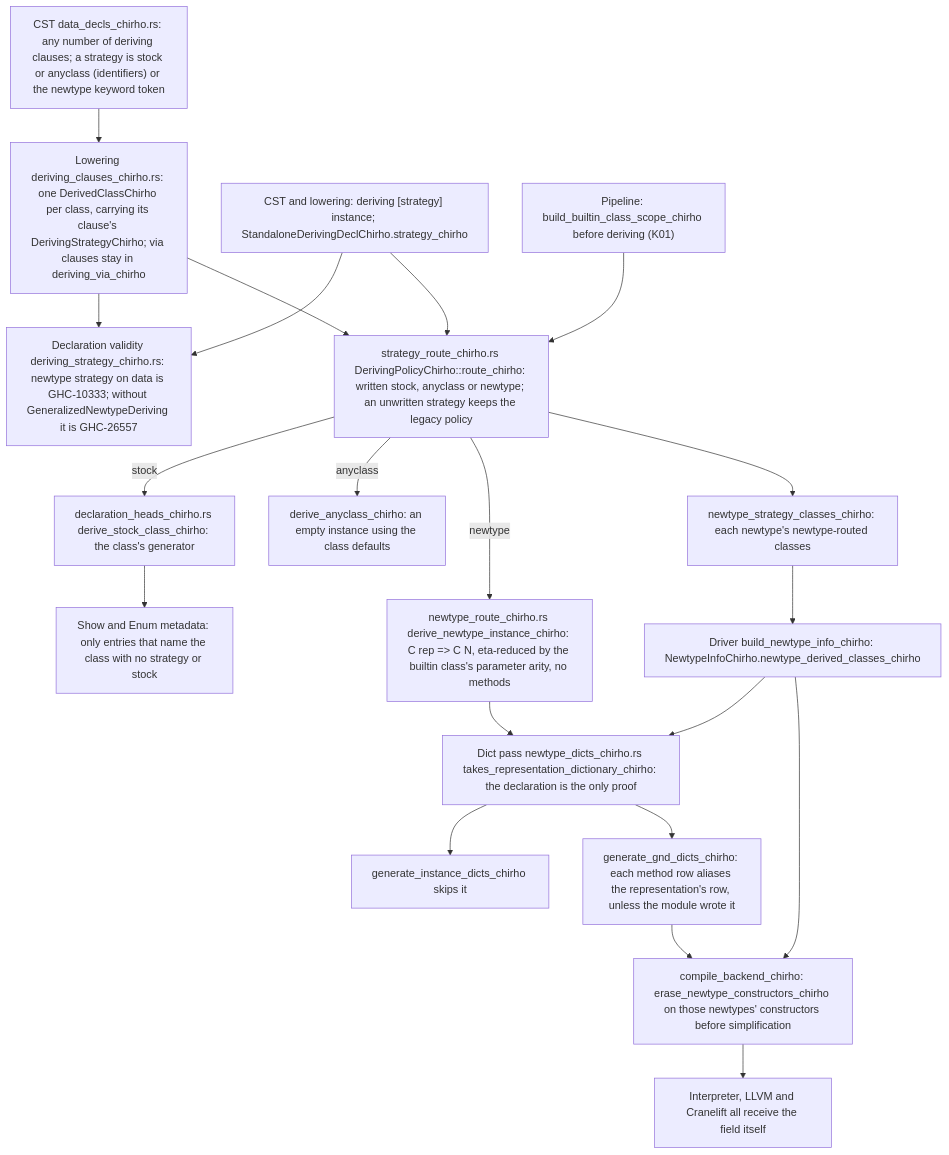
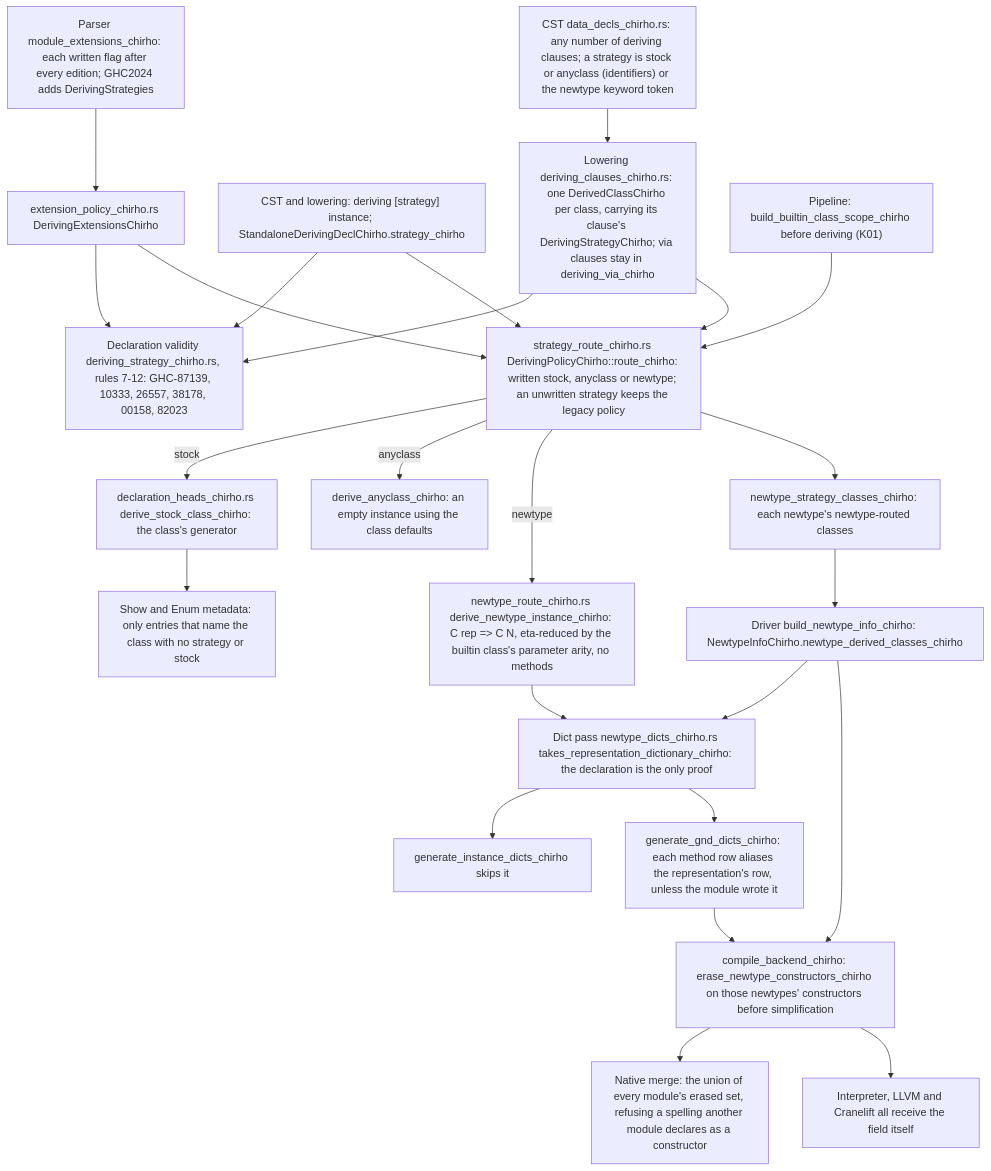
One commit to loveJesus/haskelujah-chirho changed the diagram in spec-chirho/workflows-chirho/language-features-chirho/deriving-strategies-chirho.md. Above: the diagram before and after it, drawn with Mermaid. The commit also changed other lines of this file and 15 other files, not shown here.

````diff
--- a/spec-chirho/workflows-chirho/language-features-chirho/deriving-strategies-chirho.md
+++ b/spec-chirho/workflows-chirho/language-features-chirho/deriving-strategies-chirho.md
@@ -12,24 +12,28 @@
 ```mermaid
 flowchart TD
     cst_chirho["CST data_decls_chirho.rs: any number of deriving clauses; a strategy is stock or anyclass (identifiers) or the newtype keyword token"]
     cst_chirho --> lower_chirho["Lowering deriving_clauses_chirho.rs: one DerivedClassChirho per class, carrying its clause's DerivingStrategyChirho; via clauses stay in deriving_via_chirho"]
     standalone_chirho["CST and lowering: deriving [strategy] instance; StandaloneDerivingDeclChirho.strategy_chirho"]
-    lower_chirho --> validity_chirho["Declaration validity deriving_strategy_chirho.rs: newtype strategy on data is GHC-10333; without GeneralizedNewtypeDeriving it is GHC-26557"]
+    pragmas_chirho["Parser module_extensions_chirho: each written flag after every edition; GHC2024 adds DerivingStrategies"] --> policy_chirho["extension_policy_chirho.rs DerivingExtensionsChirho"]
+    policy_chirho --> validity_chirho
+    policy_chirho --> route_chirho
+    lower_chirho --> validity_chirho["Declaration validity deriving_strategy_chirho.rs, rules 7-12: GHC-87139, 10333, 26557, 38178, 00158, 82023"]
     standalone_chirho --> validity_chirho
     lower_chirho --> route_chirho["strategy_route_chirho.rs DerivingPolicyChirho::route_chirho: written stock, anyclass or newtype; an unwritten strategy keeps the legacy policy"]
     standalone_chirho --> route_chirho
     scope_chirho["Pipeline: build_builtin_class_scope_chirho before deriving (K01)"] --> route_chirho
     route_chirho -->|stock| stock_chirho["declaration_heads_chirho.rs derive_stock_class_chirho: the class's generator"]
     route_chirho -->|anyclass| empty_chirho["derive_anyclass_chirho: an empty instance using the class defaults"]
     route_chirho -->|newtype| gnd_chirho["newtype_route_chirho.rs derive_newtype_instance_chirho: C rep => C N, eta-reduced by the builtin class's parameter arity, no methods"]
     route_chirho --> inventory_chirho["newtype_strategy_classes_chirho: each newtype's newtype-routed classes"]
     stock_chirho --> metadata_chirho["Show and Enum metadata: only entries that name the class with no strategy or stock"]
     inventory_chirho --> info_chirho["Driver build_newtype_info_chirho: NewtypeInfoChirho.newtype_derived_classes_chirho"]
     info_chirho --> eligible_chirho["Dict pass newtype_dicts_chirho.rs takes_representation_dictionary_chirho: the declaration is the only proof"]
     gnd_chirho --> eligible_chirho
     eligible_chirho --> ground_skip_chirho["generate_instance_dicts_chirho skips it"]
     eligible_chirho --> alias_chirho["generate_gnd_dicts_chirho: each method row aliases the representation's row, unless the module wrote it"]
     info_chirho --> erase_chirho["compile_backend_chirho: erase_newtype_constructors_chirho on those newtypes' constructors before simplification"]
+    erase_chirho --> merge_chirho["Native merge: the union of every module's erased set, refusing a spelling another module declares as a constructor"]
     alias_chirho --> erase_chirho
     erase_chirho --> backends_chirho["Interpreter, LLVM and Cranelift all receive the field itself"]
 ```
````
